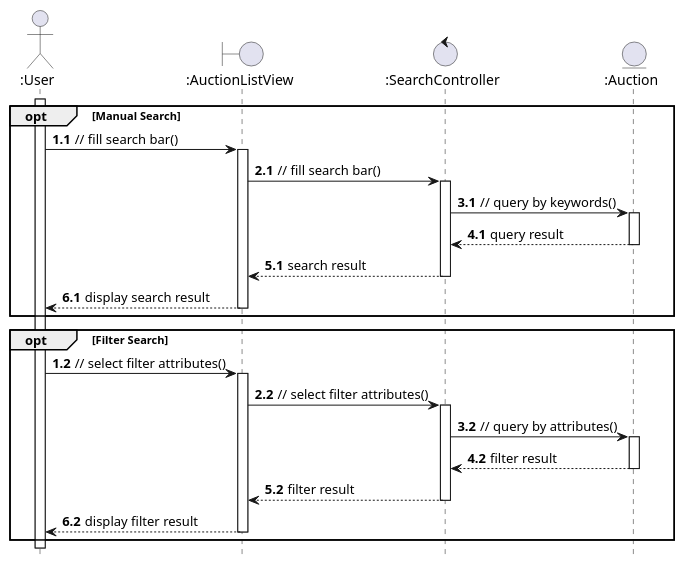
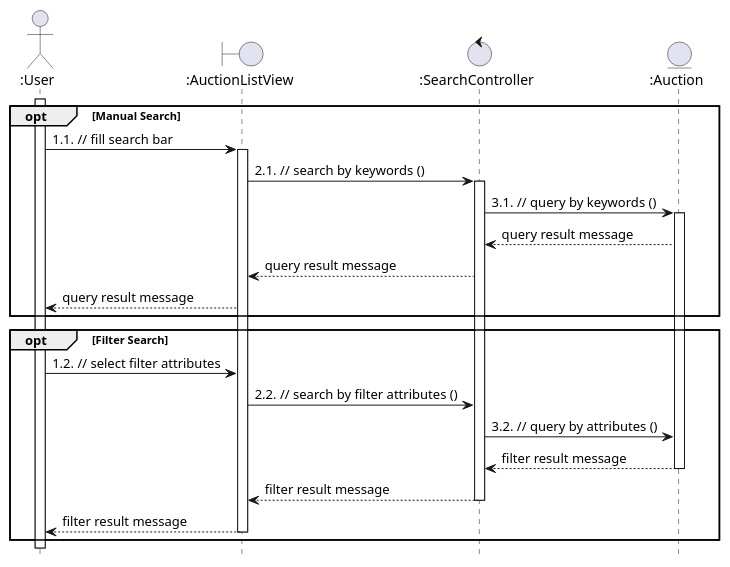
Before and after one commit to anhbanlinhle/velocity-exchange: the diagram in uml/analysis/sequence/search_for_auction.pu, drawn with PlantUML.

Commit message:
doc[lynn]: analysis sequence no. 6

```diff
--- a/uml/analysis/sequence/search_for_auction.pu
+++ b/uml/analysis/sequence/search_for_auction.pu
@@ -1,61 +1,52 @@
 @startuml
 hide footbox
 
 actor ":User" as User
 boundary ":AuctionListView" as AuctionView
 control ":SearchController" as SearchController
 entity ":Auction" as Auction
 
-autonumber
 User ++
 opt Manual Search
-  autonumber 1.1
-    User -> AuctionView: // fill search bar()
-    autonumber inc A
+    User -> AuctionView: 1.1. // fill search bar
+    
     activate AuctionView
-      AuctionView -> SearchController: // fill search bar()
-      autonumber inc A
+      AuctionView -> SearchController: 2.1. // search by keywords ()
+      
       activate SearchController
-        SearchController -> Auction: // query by keywords()
-          autonumber inc A
+        SearchController -> Auction: 3.1. // query by keywords ()
+          
           activate Auction
-            Auction --> SearchController: query result
-            autonumber inc A
-          deactivate Auction
-        SearchController --> AuctionView: search result
-        autonumber inc A
-      deactivate SearchController
-      AuctionView --> User: display search result
-      autonumber inc A
-    deactivate AuctionView
+            Auction --> SearchController: query result message
+            
+        SearchController --> AuctionView: query result message
+        
+      AuctionView --> User: query result message
+      
 end
 
 opt Filter Search
-  autonumber 1.2
-  User -> AuctionView: // select filter attributes()
-  autonumber inc A
-  autonumber inc B
-    activate AuctionView
-      AuctionView -> SearchController: // select filter attributes()
-      autonumber inc A
-      autonumber inc B
-      activate SearchController
-        SearchController -> Auction: // query by attributes()
-          autonumber inc A
-          autonumber inc B
-          activate Auction
-            Auction --> SearchController: filter result
-            autonumber inc A
-            autonumber inc B
+  User -> AuctionView: 1.2. // select filter attributes
+  
+  
+      AuctionView -> SearchController: 2.2. // search by filter attributes ()
+      
+      
+        SearchController -> Auction: 3.2. // query by attributes ()
+          
+          
+            Auction --> SearchController: filter result message
+            
+            
           deactivate Auction
-        SearchController --> AuctionView: filter result
-        autonumber inc A
-        autonumber inc B
+        SearchController --> AuctionView: filter result message
+        
+        
       deactivate SearchController
-      AuctionView --> User: display filter result
-      autonumber inc A
-      autonumber inc B
+      AuctionView --> User: filter result message
+      
+      
     deactivate AuctionView
 end
 
 @enduml
```
